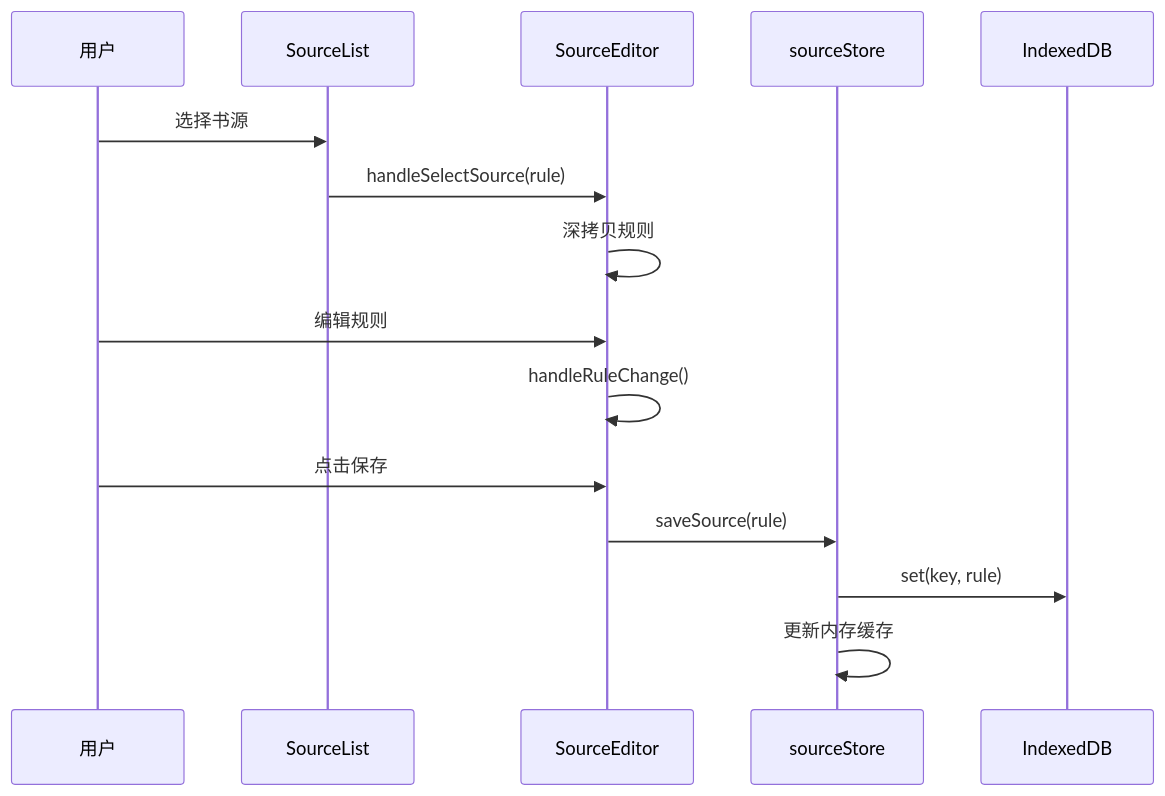
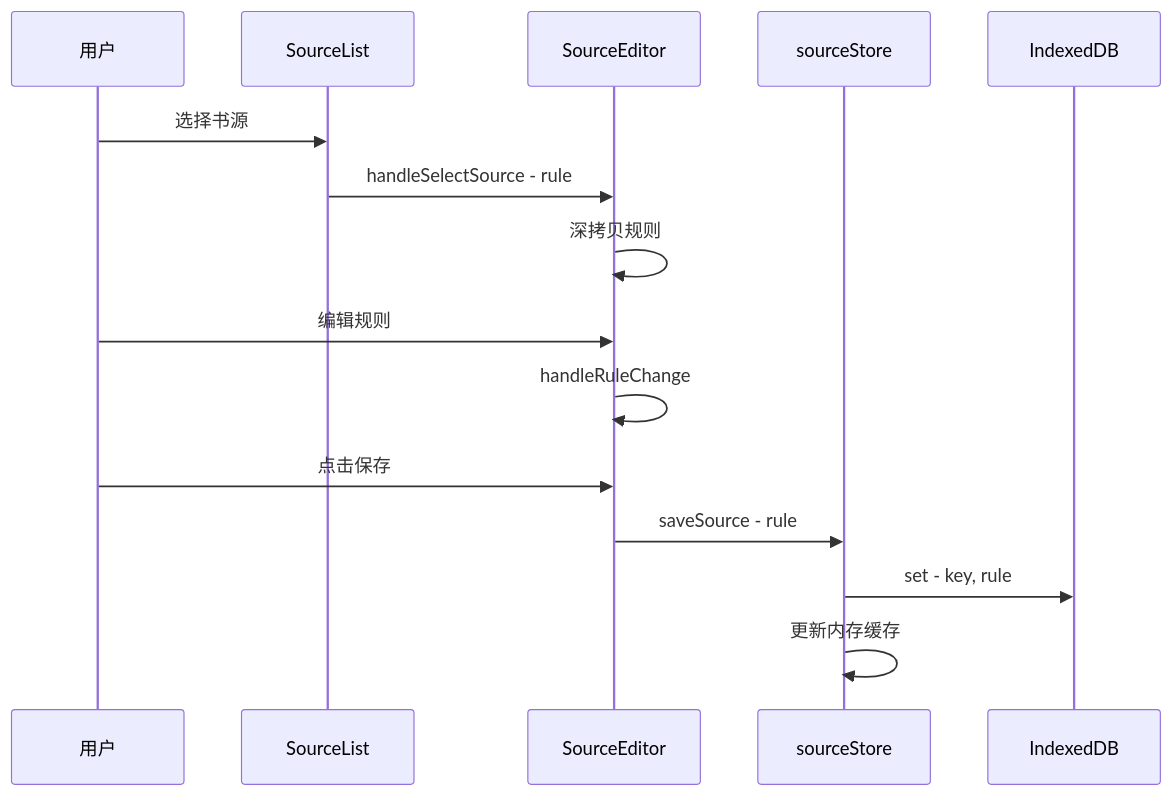
One commit to Yii-An/reader-source changed the second of 4 diagrams in .kilocode/rules/memory-bank/architecture.md. Above: the diagram before and after it, drawn with Mermaid. The commit also changed other lines of this file and 63 other files, not shown here.

Commit message:
refactor: Remove legacy converters and update universal rule schema and related UI components.

````diff
--- a/.kilocode/rules/memory-bank/architecture.md
+++ b/.kilocode/rules/memory-bank/architecture.md
@@ -304,18 +249,18 @@
 ```mermaid
 sequenceDiagram
     participant U as 用户
     participant SL as SourceList
     participant SE as SourceEditor
     participant SS as sourceStore
     participant IDB as IndexedDB
 
     U->>SL: 选择书源
-    SL->>SE: handleSelectSource(rule)
+    SL->>SE: handleSelectSource - rule
     SE->>SE: 深拷贝规则
     U->>SE: 编辑规则
-    SE->>SE: handleRuleChange()
+    SE->>SE: handleRuleChange
     U->>SE: 点击保存
-    SE->>SS: saveSource(rule)
-    SS->>IDB: set(key, rule)
+    SE->>SS: saveSource - rule
+    SS->>IDB: set - key, rule
     SS->>SS: 更新内存缓存
 ```
````
